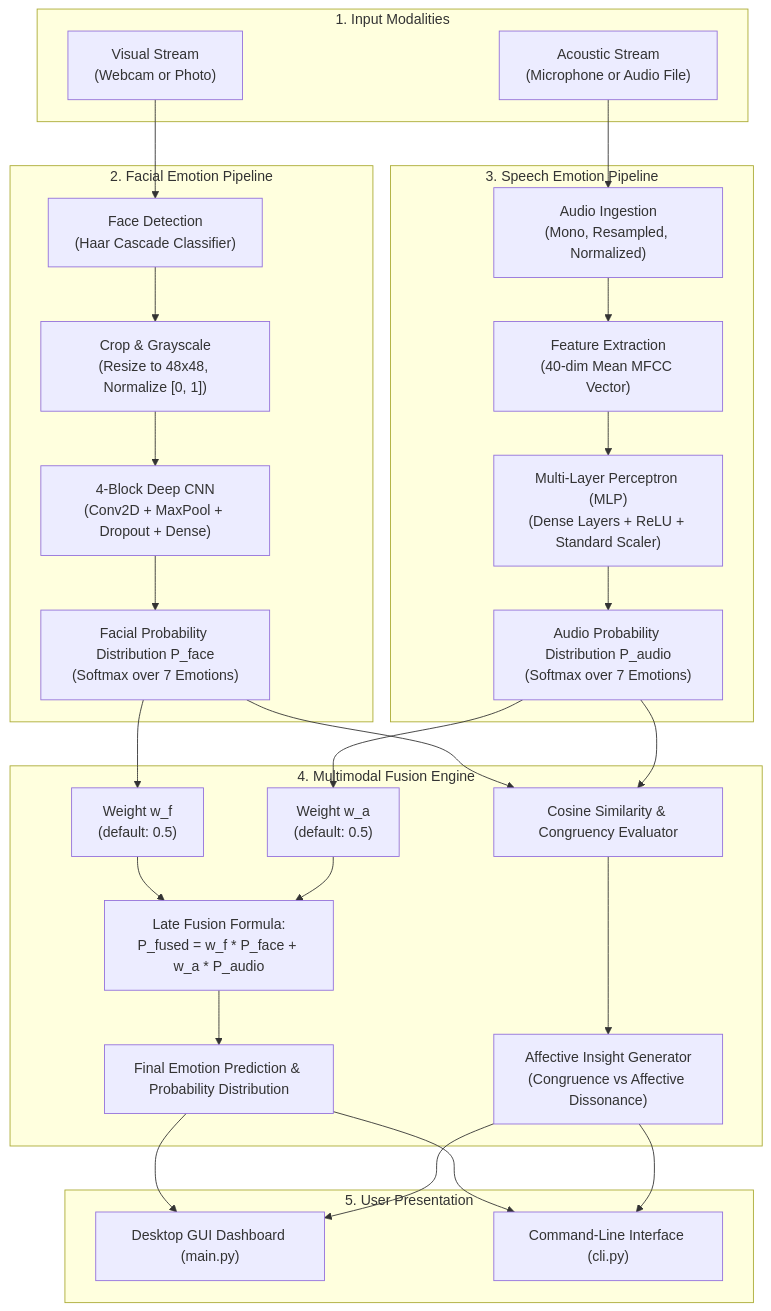
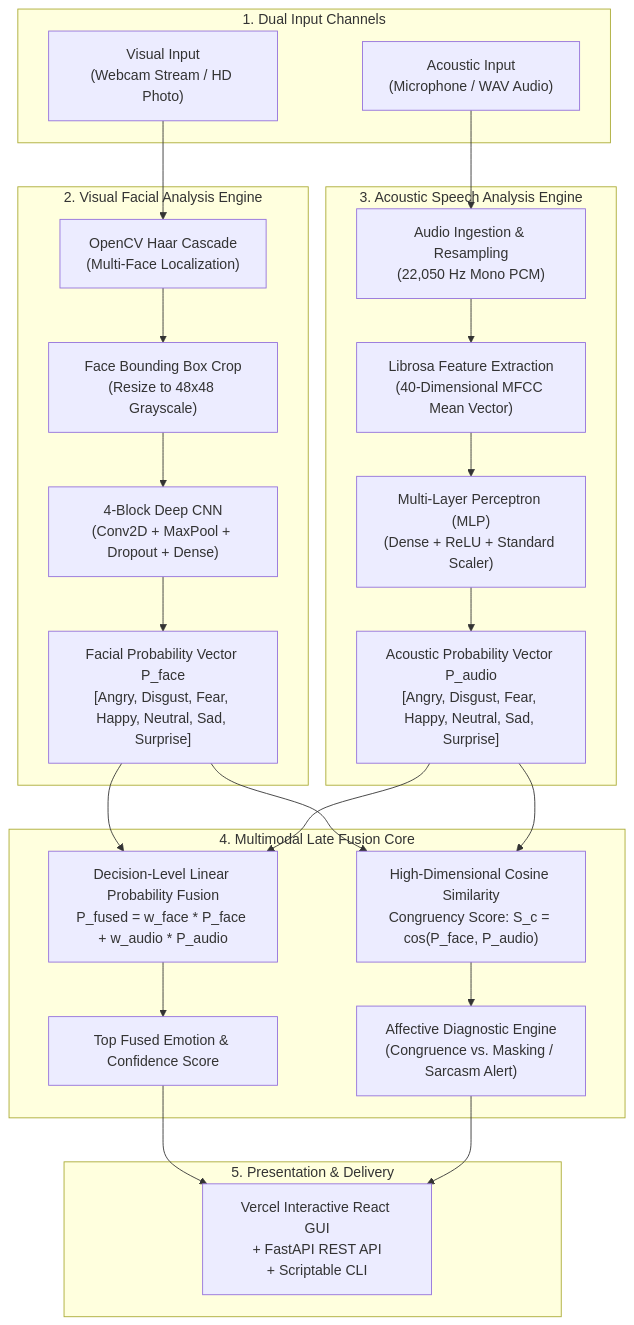
One commit to KornipatiAkash-1969/Facial-Audio-Emotion-Recognition changed the diagram in README.md. Above: the diagram before and after it, drawn with Mermaid. The commit also changed other lines of this file, not shown here.

Commit message:
docs: add comprehensive README with Venn diagrams, system architecture, how it works, and execution guide

````diff
--- a/README.md
+++ b/README.md
@@ -50,39 +103,35 @@
 ```mermaid
 flowchart TD
-    subgraph InputStreams["1. Input Modalities"]
-        V["Visual Stream\n(Webcam or Photo)"]
-        A["Acoustic Stream\n(Microphone or Audio File)"]
+    subgraph Inputs["1. Dual Input Channels"]
+        IMG["Visual Input\n(Webcam Stream / HD Photo)"]
+        AUD["Acoustic Input\n(Microphone / WAV Audio)"]
     end
 
-    subgraph FacePipeline["2. Facial Emotion Pipeline"]
-        V --> FD["Face Detection\n(Haar Cascade Classifier)"]
-        FD --> FC["Crop & Grayscale\n(Resize to 48x48, Normalize [0, 1])"]
-        FC --> CNN["4-Block Deep CNN\n(Conv2D + MaxPool + Dropout + Dense)"]
-        CNN --> P_Face["Facial Probability Distribution P_face\n(Softmax over 7 Emotions)"]
+    subgraph VisualPipeline["2. Visual Facial Analysis Engine"]
+        IMG --> HAAR["OpenCV Haar Cascade\n(Multi-Face Localization)"]
+        HAAR --> CROP["Face Bounding Box Crop\n(Resize to 48x48 Grayscale)"]
+        CROP --> CNN["4-Block Deep CNN\n(Conv2D + MaxPool + Dropout + Dense)"]
+        CNN --> P_FACE["Facial Probability Vector P_face\n[Angry, Disgust, Fear, Happy, Neutral, Sad, Surprise]"]
     end
 
-    subgraph AudioPipeline["3. Speech Emotion Pipeline"]
-        A --> AR["Audio Ingestion\n(Mono, Resampled, Normalized)"]
-        AR --> MFCC["Feature Extraction\n(40-dim Mean MFCC Vector)"]
-        MFCC --> MLP["Multi-Layer Perceptron (MLP)\n(Dense Layers + ReLU + Standard Scaler)"]
-        MLP --> P_Audio["Audio Probability Distribution P_audio\n(Softmax over 7 Emotions)"]
+    subgraph AudioPipeline["3. Acoustic Speech Analysis Engine"]
+        AUD --> RESAMPLE["Audio Ingestion & Resampling\n(22,050 Hz Mono PCM)"]
+        RESAMPLE --> MFCC["Librosa Feature Extraction\n(40-Dimensional MFCC Mean Vector)"]
+        MFCC --> MLP["Multi-Layer Perceptron (MLP)\n(Dense + ReLU + Standard Scaler)"]
+        MLP --> P_AUDIO["Acoustic Probability Vector P_audio\n[Angry, Disgust, Fear, Happy, Neutral, Sad, Surprise]"]
     end
 
-    subgraph FusionEngine["4. Multimodal Fusion Engine"]
-        P_Face --> W_Face["Weight w_f\n(default: 0.5)"]
-        P_Audio --> W_Audio["Weight w_a\n(default: 0.5)"]
-        W_Face --> Fused["Late Fusion Formula:\nP_fused = w_f * P_face + w_a * P_audio"]
-        W_Audio --> Fused
-        Fused --> ArgMax["Final Emotion Prediction & Probability Distribution"]
-        P_Face --> CosSim["Cosine Similarity & Congruency Evaluator"]
-        P_Audio --> CosSim
-        CosSim --> Insight["Affective Insight Generator\n(Congruence vs Affective Dissonance)"]
+    subgraph FusionCore["4. Multimodal Late Fusion Core"]
+        P_FACE --> FUSE["Decision-Level Linear Probability Fusion\nP_fused = w_face * P_face + w_audio * P_audio"]
+        P_AUDIO --> FUSE
+        P_FACE --> SIM["High-Dimensional Cosine Similarity\nCongruency Score: S_c = cos(P_face, P_audio)"]
+        P_AUDIO --> SIM
+        FUSE --> TOP["Top Fused Emotion & Confidence Score"]
+        SIM --> DIAG["Affective Diagnostic Engine\n(Congruence vs. Masking / Sarcasm Alert)"]
     end
 
-    subgraph Outputs["5. User Presentation"]
-        ArgMax --> GUI["Desktop GUI Dashboard (main.py)"]
-        Insight --> GUI
-        ArgMax --> CLI["Command-Line Interface (cli.py)"]
-        Insight --> CLI
+    subgraph Presentation["5. Presentation & Delivery"]
+        TOP --> DASH["Vercel Interactive React GUI\n+ FastAPI REST API\n+ Scriptable CLI"]
+        DIAG --> DASH
     end
 ```
````
